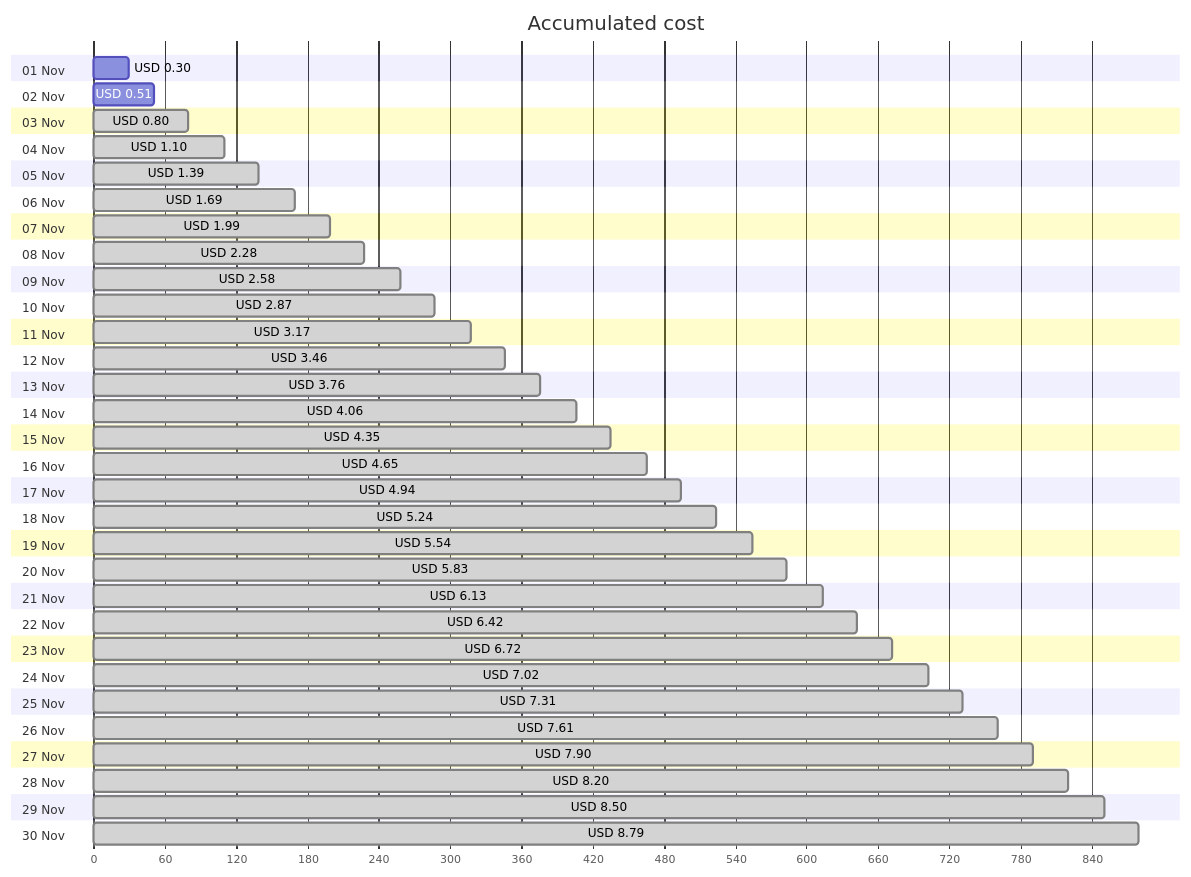
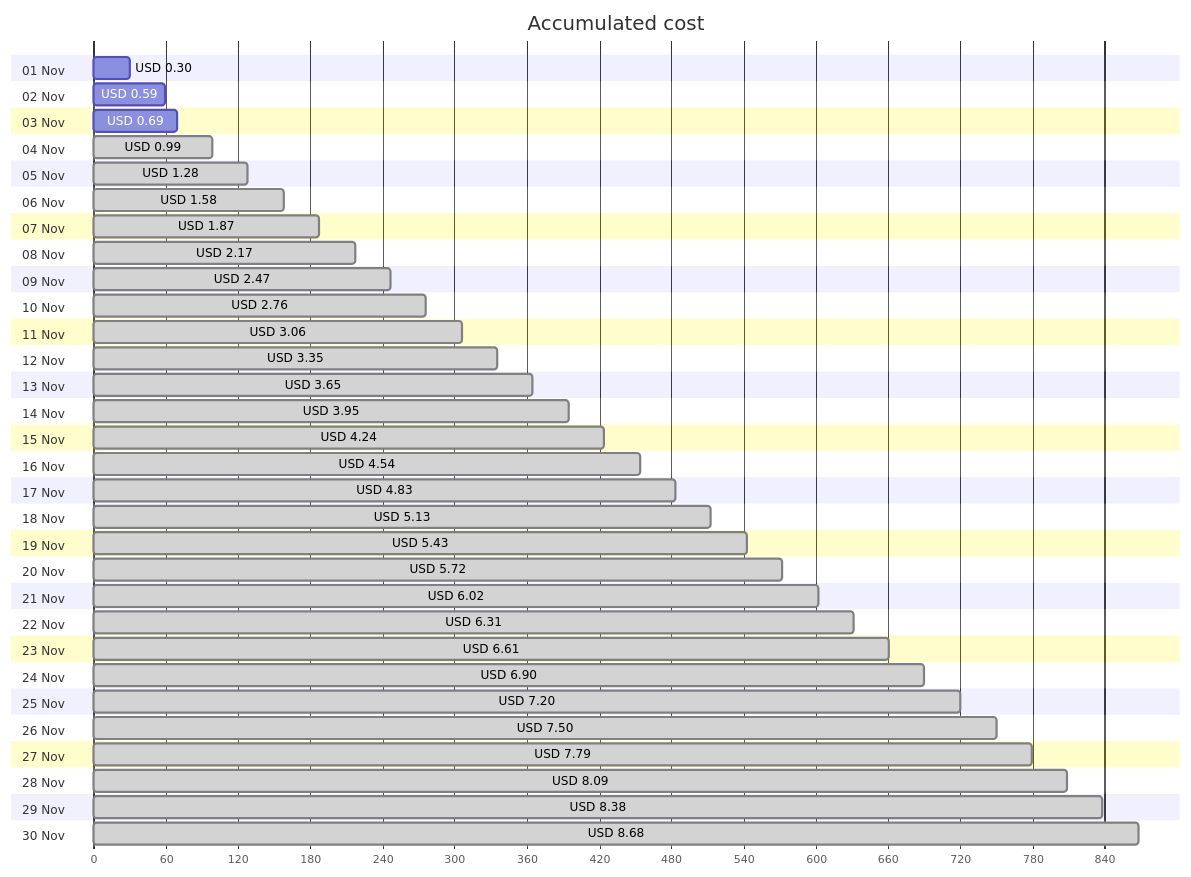
One commit to jpfulton/azure-personal-reports changed the first of 4 diagrams in cost-reports/personal-site/personal-site.md. Above: the diagram before and after it, drawn with Mermaid. The commit also changed other lines of this file and 6 other files, not shown here.

````diff
--- a/cost-reports/personal-site/personal-site.md
+++ b/cost-reports/personal-site/personal-site.md
@@ -20,66 +20,66 @@
 ```mermaid
 gantt
    title Accumulated cost
    dateFormat  X
    axisFormat %s
    section 01 Nov
    USD 0.30 :0, 30
    section 02 Nov
-   USD 0.51 :0, 51
+   USD 0.59 :0, 59
    section 03 Nov
-   USD 0.80 : done, 0, 80
+   USD 0.69 :0, 69
    section 04 Nov
-   USD 1.10 : done, 0, 110
+   USD 0.99 : done, 0, 99
    section 05 Nov
-   USD 1.39 : done, 0, 139
+   USD 1.28 : done, 0, 128
    section 06 Nov
-   USD 1.69 : done, 0, 169
+   USD 1.58 : done, 0, 158
    section 07 Nov
-   USD 1.99 : done, 0, 199
+   USD 1.87 : done, 0, 187
    section 08 Nov
-   USD 2.28 : done, 0, 228
+   USD 2.17 : done, 0, 217
    section 09 Nov
-   USD 2.58 : done, 0, 258
+   USD 2.47 : done, 0, 247
    section 10 Nov
-   USD 2.87 : done, 0, 287
+   USD 2.76 : done, 0, 276
    section 11 Nov
-   USD 3.17 : done, 0, 317
+   USD 3.06 : done, 0, 306
    section 12 Nov
-   USD 3.46 : done, 0, 346
+   USD 3.35 : done, 0, 335
    section 13 Nov
-   USD 3.76 : done, 0, 376
+   USD 3.65 : done, 0, 365
    section 14 Nov
-   USD 4.06 : done, 0, 406
+   USD 3.95 : done, 0, 395
    section 15 Nov
-   USD 4.35 : done, 0, 435
+   USD 4.24 : done, 0, 424
    section 16 Nov
-   USD 4.65 : done, 0, 465
+   USD 4.54 : done, 0, 454
    section 17 Nov
-   USD 4.94 : done, 0, 494
+   USD 4.83 : done, 0, 483
    section 18 Nov
-   USD 5.24 : done, 0, 524
+   USD 5.13 : done, 0, 513
    section 19 Nov
-   USD 5.54 : done, 0, 554
+   USD 5.43 : done, 0, 543
    section 20 Nov
-   USD 5.83 : done, 0, 583
+   USD 5.72 : done, 0, 572
    section 21 Nov
-   USD 6.13 : done, 0, 613
+   USD 6.02 : done, 0, 602
    section 22 Nov
-   USD 6.42 : done, 0, 642
+   USD 6.31 : done, 0, 631
    section 23 Nov
-   USD 6.72 : done, 0, 672
+   USD 6.61 : done, 0, 661
    section 24 Nov
-   USD 7.02 : done, 0, 702
+   USD 6.90 : done, 0, 690
    section 25 Nov
-   USD 7.31 : done, 0, 731
+   USD 7.20 : done, 0, 720
    section 26 Nov
-   USD 7.61 : done, 0, 761
+   USD 7.50 : done, 0, 750
    section 27 Nov
-   USD 7.90 : done, 0, 790
+   USD 7.79 : done, 0, 779
    section 28 Nov
-   USD 8.20 : done, 0, 820
+   USD 8.09 : done, 0, 809
    section 29 Nov
-   USD 8.50 : done, 0, 850
+   USD 8.38 : done, 0, 838
    section 30 Nov
-   USD 8.79 : done, 0, 879
+   USD 8.68 : done, 0, 868
 ```
````
